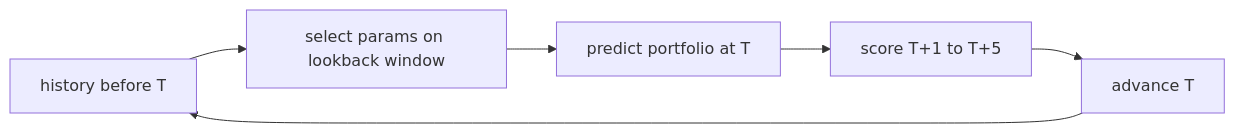
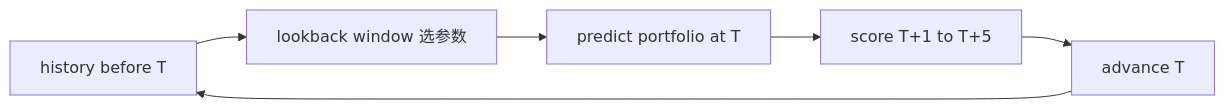
Before and after one commit to stockbaby/Stock-forecast: the third of 5 diagrams in docs/code_review_meeting_2026_05_07.md, drawn with Mermaid. The commit also changed other lines of this file and 21 other files, not shown here.

````diff
--- a/docs/code_review_meeting_2026_05_07.md
+++ b/docs/code_review_meeting_2026_05_07.md
@@ -441,8 +423,8 @@
 ```mermaid
 flowchart LR
-    A["history before T"] --> B["select params on lookback window"]
+    A["history before T"] --> B["lookback window 选参数"]
     B --> C["predict portfolio at T"]
     C --> D["score T+1 to T+5"]
     D --> E["advance T"]
     E --> A
 ```
````
